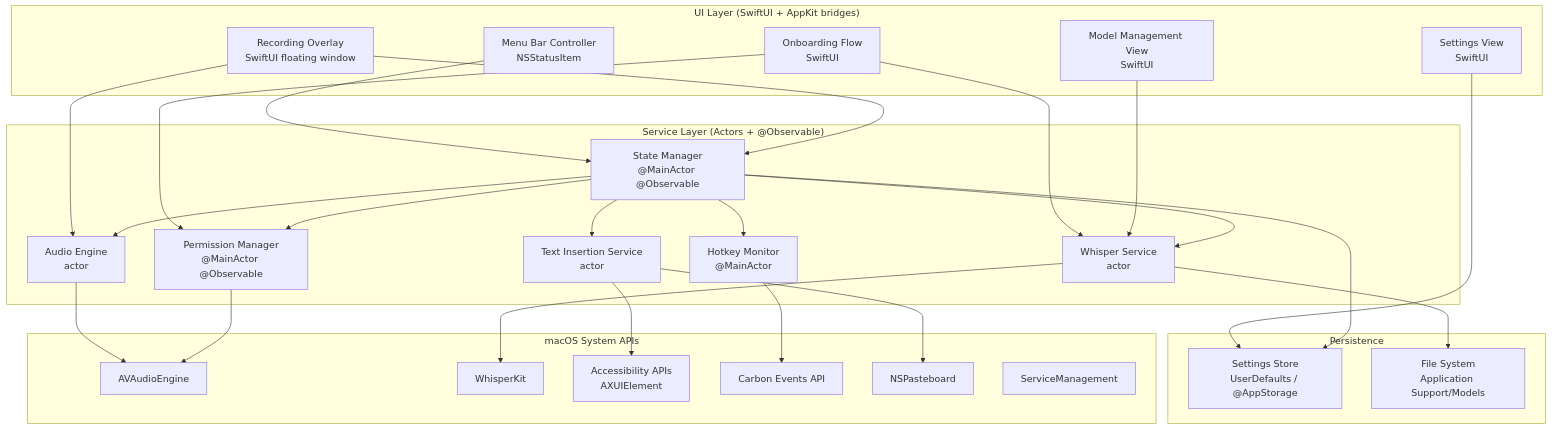
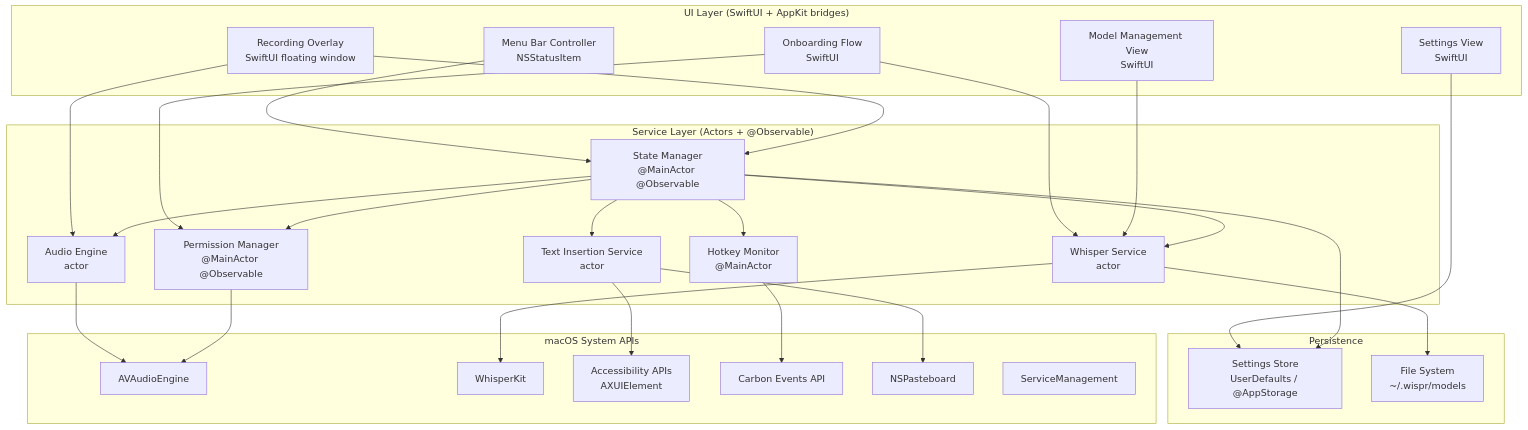
The first of 2 diagrams in .kiro/specs/wisp-voice-dictation/design.md (sebsto/wispr), drawn with Mermaid before and after one commit. The commit also changed other lines of this file and 2 other files, not shown here.

Commit message:
hardcode the download directory for models

````diff
--- a/.kiro/specs/wisp-voice-dictation/design.md
+++ b/.kiro/specs/wisp-voice-dictation/design.md
@@ -24,56 +24,56 @@
 ```mermaid
 graph TB
     subgraph UI["UI Layer (SwiftUI + AppKit bridges)"]
         MBC[Menu Bar Controller<br/>NSStatusItem]
         RO[Recording Overlay<br/>SwiftUI floating window]
         SV[Settings View<br/>SwiftUI]
         OBF[Onboarding Flow<br/>SwiftUI]
         MMV[Model Management View<br/>SwiftUI]
     end
 
     subgraph Services["Service Layer (Actors + @Observable)"]
         SM[State Manager<br/>@MainActor @Observable]
         AE[Audio Engine<br/>actor]
         WS[Whisper Service<br/>actor]
         TIS[Text Insertion Service<br/>actor]
         HM[Hotkey Monitor<br/>@MainActor]
         PM[Permission Manager<br/>@MainActor @Observable]
     end
 
     subgraph Storage["Persistence"]
         SS[Settings Store<br/>UserDefaults / @AppStorage]
-        FS[File System<br/>Application Support/Models]
+        FS[File System<br/>~/.wispr/models]
     end
 
     subgraph System["macOS System APIs"]
         AVF[AVAudioEngine]
         WK[WhisperKit]
         AX[Accessibility APIs<br/>AXUIElement]
         CB[Carbon Events API]
         PB[NSPasteboard]
         SM_FW[ServiceManagement]
     end
 
     MBC --> SM
     RO --> SM
     RO --> AE
     SV --> SS
     OBF --> PM
     OBF --> WS
     MMV --> WS
 
     SM --> AE
     SM --> WS
     SM --> TIS
     SM --> HM
     SM --> PM
 
     AE --> AVF
     WS --> WK
     WS --> FS
     TIS --> AX
     TIS --> PB
     HM --> CB
     SM --> SS
     PM --> AVF
 ```
````
